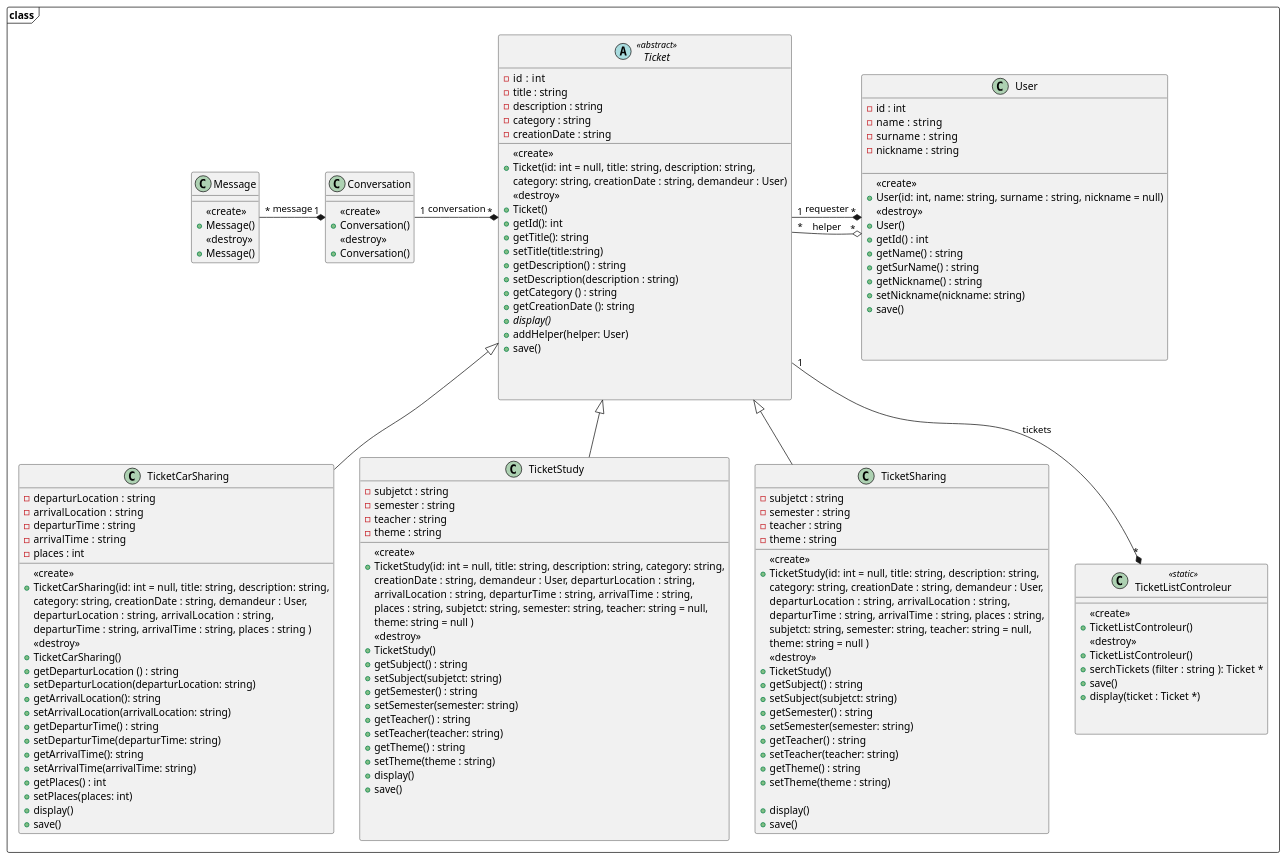
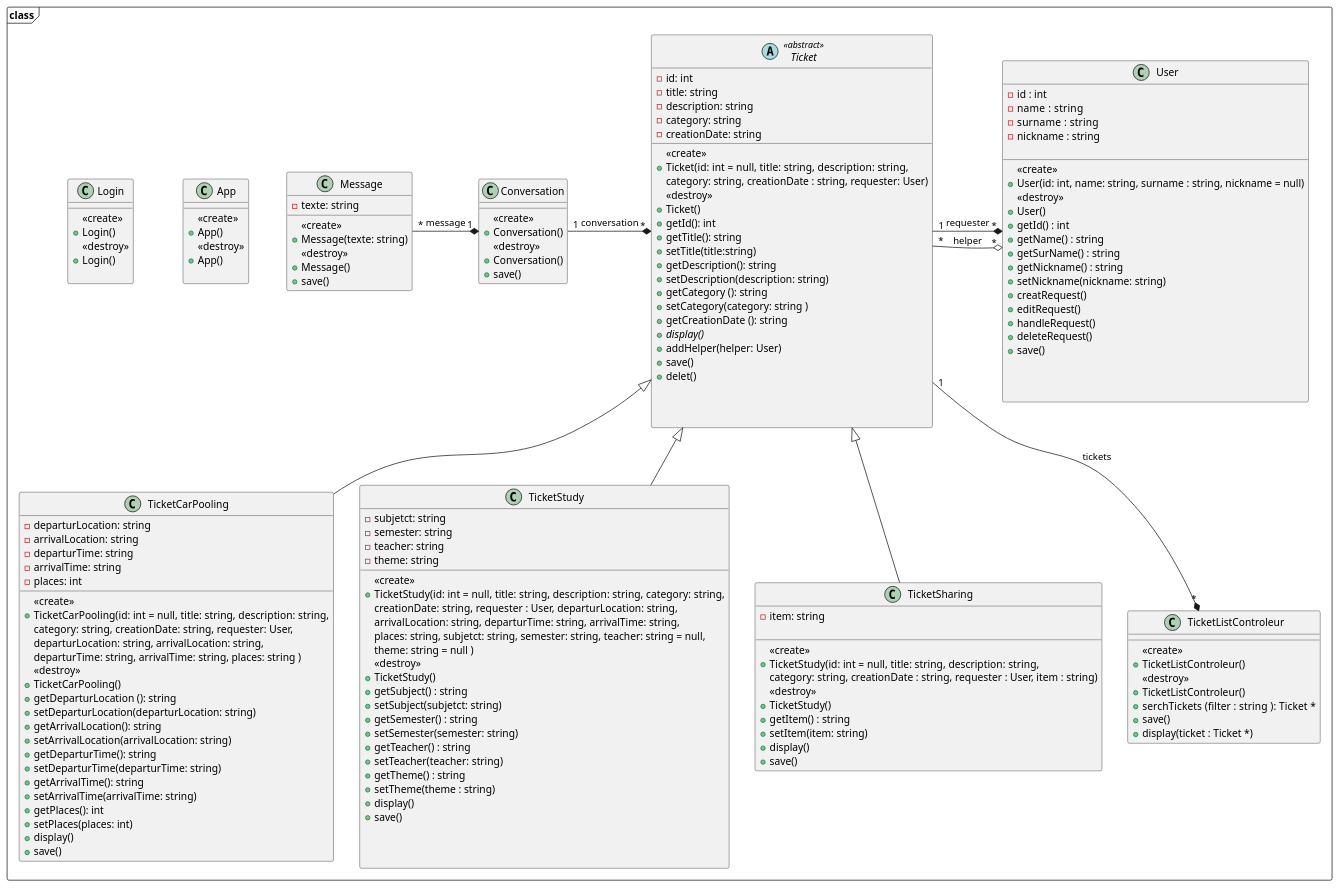
The diagram in docs/UML/Diagramme de classe.puml (dorianleveque/CoHub), drawn with PlantUML before and after one commit.

Commit message:
Update Diagramme de classe.puml

```diff
--- a/docs/UML/Diagramme de classe.puml
+++ b/docs/UML/Diagramme de classe.puml
@@ -1,182 +1,194 @@
-@startuml diagramme de classe
+@startuml
 package "class" as alias <<Frame>> {
 
 abstract class Ticket <<abstract>> {
-- id  : int
-- title : string
-- description : string 
-- category : string 
-- creationDate : string
+- id: int
+- title: string
+- description: string 
+- category: string 
+- creationDate: string
 __
 <<create>>
 + Ticket(id: int = null, title: string, description:  string,
- category: string, creationDate : string, demandeur : User)
+ category: string, creationDate : string, requester: User)
 <<destroy>>
 + Ticket()
 + getId(): int
 + getTitle(): string
 + setTitle(title:string)
-+ getDescription() : string
-+ setDescription(description : string) 
-+ getCategory () : string
++ getDescription(): string
++ setDescription(description: string) 
++ getCategory (): string
++ setCategory(category: string )
 + getCreationDate (): string
 {abstract}+ display()
 + addHelper(helper: User)
-+save()
++ save()
++ delet()
 
 
 
 }
 
 class Conversation  {
 __
 <<create>>
 + Conversation()
 <<destroy>>
 + Conversation()
++ save()
 }
 
 
 class Message  {
+-texte: string
 __
 <<create>>
-+ Message()
++ Message(texte: string)
 <<destroy>>
 + Message()
++save()
 }
 
-class TicketCarSharing  {
-- departurLocation  : string
-- arrivalLocation  : string
-- departurTime : string
-- arrivalTime  : string
-- places : int
+class TicketCarPooling  {
+- departurLocation: string
+- arrivalLocation: string
+- departurTime: string
+- arrivalTime: string
+- places: int
 __
 <<create>>
-+ TicketCarSharing(id: int = null, title: string, description:  string, 
-category: string, creationDate : string, demandeur : User,
-departurLocation  : string, arrivalLocation  : string, 
-departurTime : string, arrivalTime  : string, places : string )
++ TicketCarPooling(id: int = null, title: string, description:  string, 
+category: string, creationDate: string, requester: User,
+departurLocation: string, arrivalLocation: string, 
+departurTime: string, arrivalTime: string, places: string )
 <<destroy>>
-+ TicketCarSharing()
-+ getDeparturLocation () : string
++ TicketCarPooling()
++ getDeparturLocation (): string
 + setDeparturLocation(departurLocation: string)
 + getArrivalLocation(): string
 + setArrivalLocation(arrivalLocation: string)
-+ getDeparturTime() : string
++ getDeparturTime(): string
 + setDeparturTime(departurTime: string)
 + getArrivalTime(): string
 + setArrivalTime(arrivalTime: string)
-+ getPlaces() : int
++ getPlaces(): int
 + setPlaces(places: int)
 + display()
 + save()
 }
 
 
 
 class TicketStudy  {
-- subjetct : string
-- semester : string
-- teacher : string
-- theme : string
+- subjetct: string
+- semester: string
+- teacher: string
+- theme: string
 __
 <<create>>
 + TicketStudy(id: int = null, title: string, description:  string, category: string, 
-creationDate : string, demandeur : User, departurLocation  : string, 
-arrivalLocation  : string, departurTime : string, arrivalTime  : string, 
-places : string, subjetct: string, semester: string, teacher: string = null,
+creationDate: string, requester : User, departurLocation: string, 
+arrivalLocation: string, departurTime: string, arrivalTime: string, 
+places: string, subjetct: string, semester: string, teacher: string = null,
  theme: string = null )
 <<destroy>>
 + TicketStudy()
 + getSubject() : string
 + setSubject(subjetct: string)
 + getSemester() : string
 + setSemester(semester: string)
 + getTeacher() : string
 + setTeacher(teacher: string)
 + getTheme() : string
 + setTheme(theme : string)
 + display()
 + save()
 
 
 
 }
 
 class TicketSharing  {
-- subjetct : string
-- semester : string
-- teacher : string
-- theme : string
+- item: string
+
 __
 <<create>>
 + TicketStudy(id: int = null, title: string, description:  string, 
-category: string, creationDate : string, demandeur : User, 
-departurLocation  : string, arrivalLocation  : string, 
-departurTime : string, arrivalTime  : string, places : string,
-subjetct: string, semester: string, teacher: string = null,
-theme: string = null )
+category: string, creationDate : string, requester : User, item : string)
 <<destroy>> 
 + TicketStudy()
-+ getSubject() : string
-+ setSubject(subjetct: string)
-+ getSemester() : string
-+ setSemester(semester: string)
-+ getTeacher() : string
-+ setTeacher(teacher: string)
-+ getTheme() : string
-+ setTheme(theme : string)
-
++ getItem() : string
++ setItem(item: string)
 + display()
 +save()
 }
 
 class User  {
 - id : int
 - name  : string
 - surname  : string
 - nickname : string
 
 __
 <<create>>
 + User(id: int, name: string, surname : string, nickname = null)
 <<destroy>>
 + User()
 + getId() : int
 + getName() : string
 + getSurName() : string
 + getNickname() : string
 + setNickname(nickname: string)
++ creatRequest()
++ editRequest()
++ handleRequest()
++ deleteRequest()
 + save()
 
 
 
 }
 
 
-class TicketListControleur <<static>> {
+class TicketListControleur {
 __
 <<create>>
 + TicketListControleur()
 <<destroy>>
 + TicketListControleur()   
 + serchTickets (filter  : string ): Ticket *
 + save()
 + display(ticket : Ticket *)
+}
 
+class App {
+__
+<<create>>
++ App()
+<<destroy>>
++ App()   
+
+}
+
+class Login {
+__
+<<create>>
++ Login()
+<<destroy>>
++ Login()   
 
 }
 
 
-Ticket <|-- TicketCarSharing
+Ticket <|-- TicketCarPooling
 Ticket <|--TicketStudy
 Ticket <|--TicketSharing
 User "*" *---left- "1" Ticket : requester
 User "*" o---left- "*" Ticket : helper
 Ticket "*" *---left- "1" Conversation: conversation
 Conversation"1" *-left-- "*" Message :message
 Ticket "1" -down-* "*" TicketListControleur : tickets
 
 }
 @enduml
```
